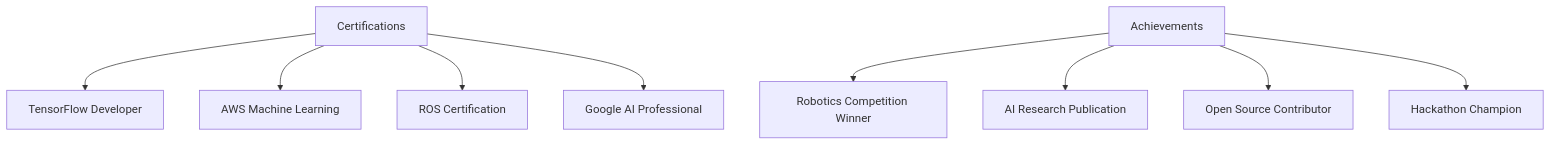
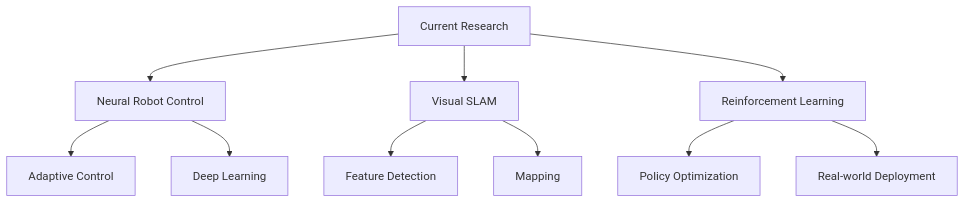
One commit to mohsallam1/mohsallam1 changed the third of 3 diagrams in README.md. Above: the diagram before and after it, drawn with Mermaid. The commit also changed other lines of this file, not shown here.

````diff
--- a/README.md
+++ b/README.md
@@ -234,12 +238,15 @@
 ```mermaid
 graph TD
-    A[Certifications] --> B[TensorFlow Developer]
-    A --> C[AWS Machine Learning]
-    A --> D[ROS Certification]
-    A --> E[Google AI Professional]
+    A[Current Research] --> B[Neural Robot Control]
+    A --> C[Visual SLAM]
+    A --> D[Reinforcement Learning]
     
-    F[Achievements] --> G[Robotics Competition Winner]
-    F --> H[AI Research Publication]
-    F --> I[Open Source Contributor]
-    F --> J[Hackathon Champion]
+    B --> B1[Adaptive Control]
+    B --> B2[Deep Learning]
+    
+    C --> C1[Feature Detection]
+    C --> C2[Mapping]
+    
+    D --> D1[Policy Optimization]
+    D --> D2[Real-world Deployment]
 ```
````
